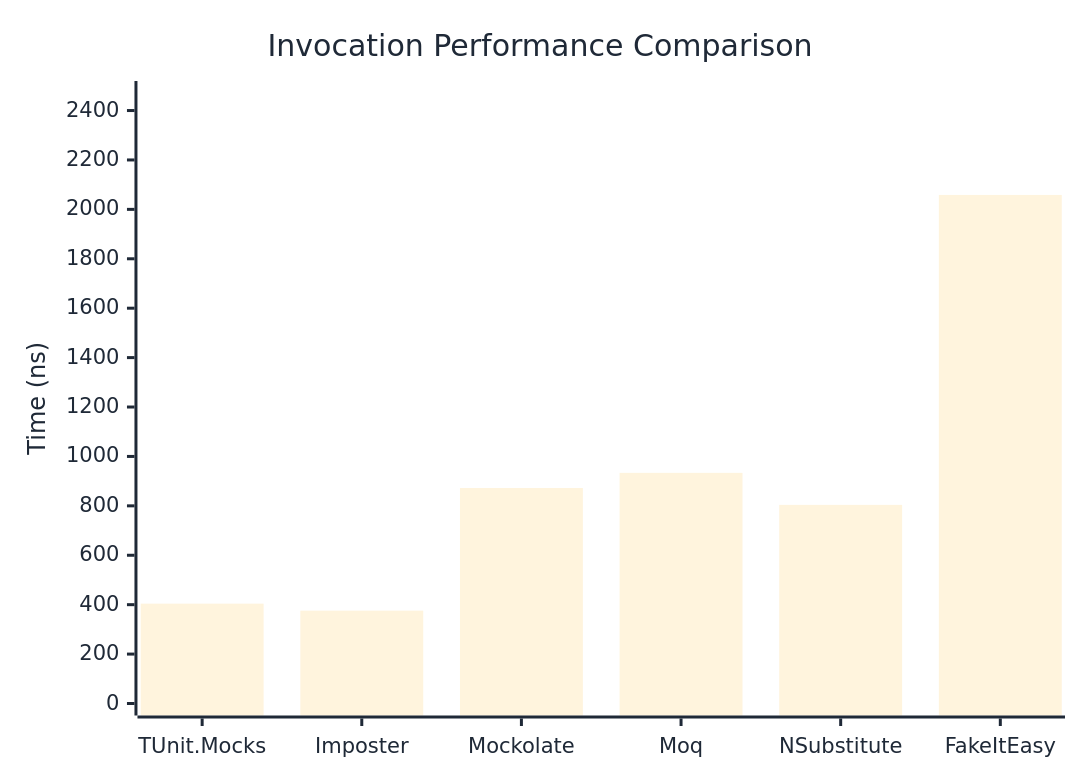
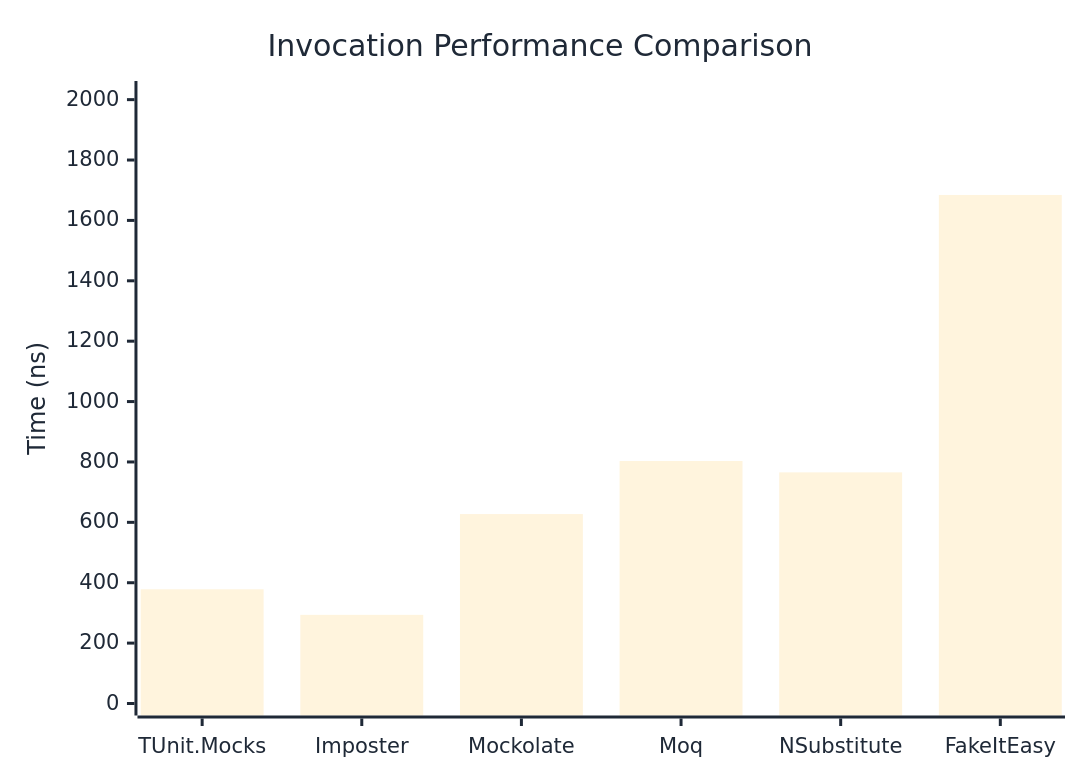
Before and after one commit to thomhurst/TUnit: the first of 3 diagrams in docs/docs/benchmarks/mocks/Invocation.md, drawn with Mermaid. The commit also changed other lines of this file and 13 other files, not shown here.

````diff
--- a/docs/docs/benchmarks/mocks/Invocation.md
+++ b/docs/docs/benchmarks/mocks/Invocation.md
@@ -28,27 +28,27 @@
 ```mermaid
 %%{init: {
   'theme':'base',
   'themeVariables': {
     'primaryColor': '#2563eb',
     'primaryTextColor': '#1f2937',
     'primaryBorderColor': '#1e40af',
     'lineColor': '#6b7280',
     'secondaryColor': '#7c3aed',
     'tertiaryColor': '#dc2626',
     'background': '#ffffff',
     'pie1': '#2563eb',
     'pie2': '#7c3aed',
     'pie3': '#dc2626',
     'pie4': '#f59e0b',
     'pie5': '#10b981',
     'pie6': '#06b6d4',
     'pie7': '#ec4899',
     'pie8': '#6366f1'
   }
 }}%%
 xychart-beta
   title "Invocation Performance Comparison"
   x-axis ["TUnit.Mocks", "Imposter", "Mockolate", "Moq", "NSubstitute", "FakeItEasy"]
-  y-axis "Time (ns)" 0 --> 2471
-  bar [404.2, 375.8, 872.2, 933.6, 803.9, 2058.4]
+  y-axis "Time (ns)" 0 --> 2022
+  bar [378.3, 293.6, 627.4, 803.1, 765.5, 1684.3]
 ```
````
